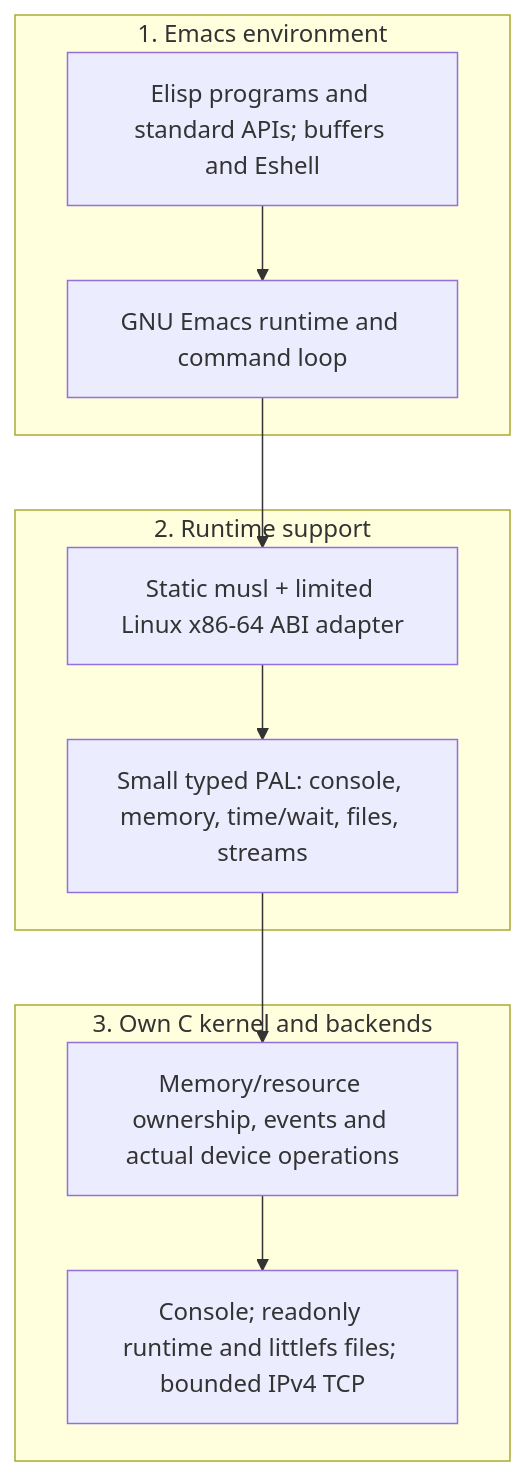
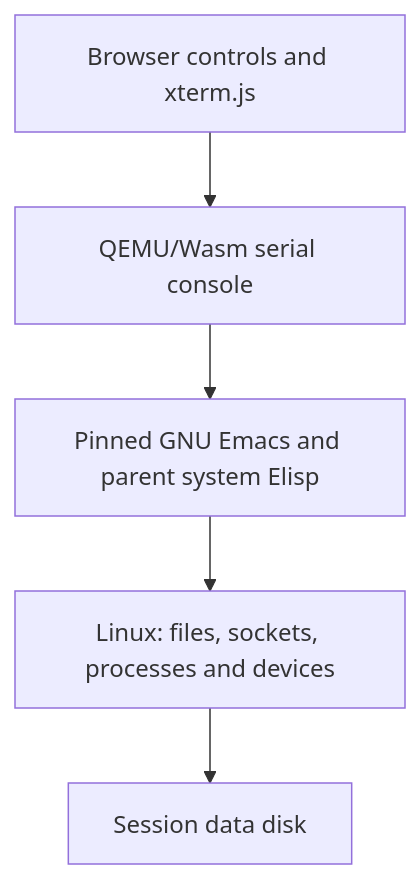
Before and after one commit to suxiaogang223/emacsos: the diagram in docs/design.md, drawn with Mermaid. The commit also changed other lines of this file and 113 other files, not shown here.

First line of the commit message:
system: Replace the custom kernel with Linux and a browser workspace (#15)

````diff
--- a/docs/design.md
+++ b/docs/design.md
@@ -35,20 +22,7 @@
 ```mermaid
 flowchart TB
-    subgraph environment["1. Emacs environment"]
-      tools["Elisp programs and standard APIs; buffers and Eshell"]
-      runtime["GNU Emacs runtime and command loop"]
-      tools --> runtime
-    end
-    subgraph support["2. Runtime support"]
-      adapter["Static musl + limited Linux x86-64 ABI adapter"]
-      pal["Small typed PAL: console, memory, time/wait, files, streams"]
-      adapter --> pal
-    end
-    subgraph kernel["3. Own C kernel and backends"]
-      core["Memory/resource ownership, events and actual device operations"]
-      backend["Console; readonly runtime and littlefs files; bounded IPv4 TCP"]
-      core --> backend
-    end
-    runtime --> adapter
-    pal --> core
+    browser["Browser controls and xterm.js"] --> serial["QEMU/Wasm serial console"]
+    serial --> emacs["Pinned GNU Emacs and parent system Elisp"]
+    emacs --> linux["Linux: files, sockets, processes and devices"]
+    linux --> session["Session data disk"]
 ```
````
